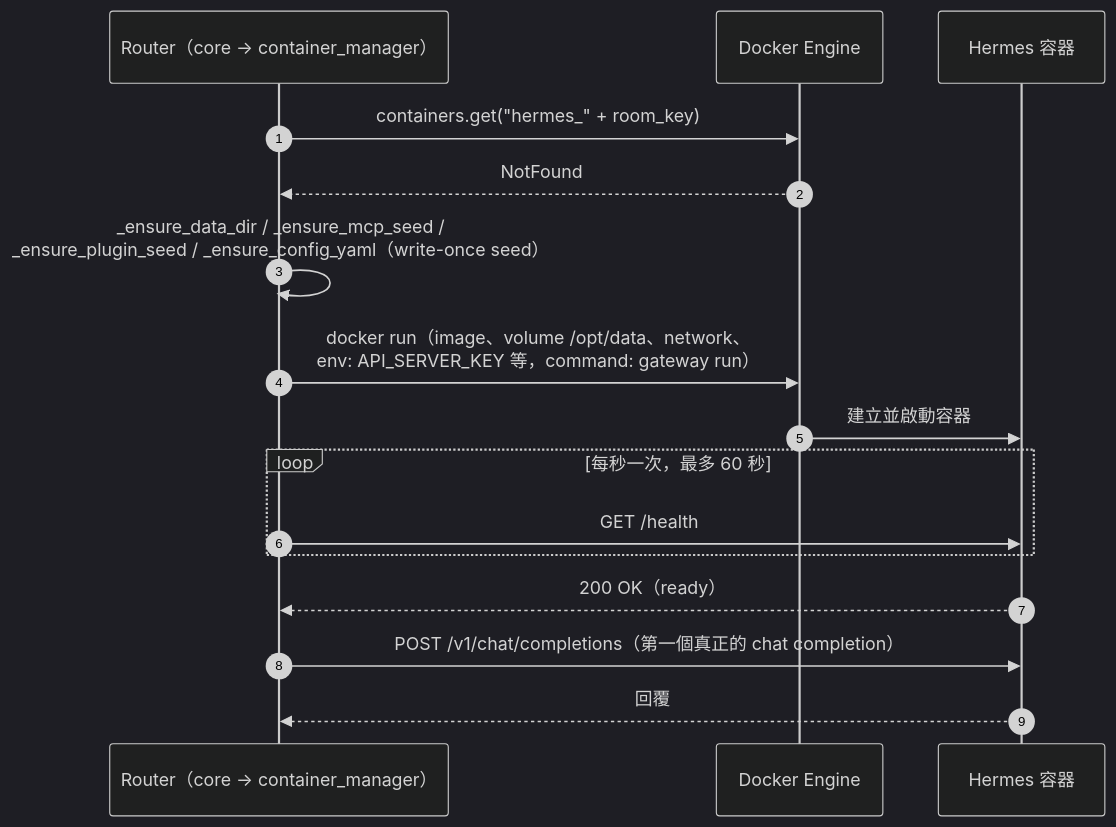
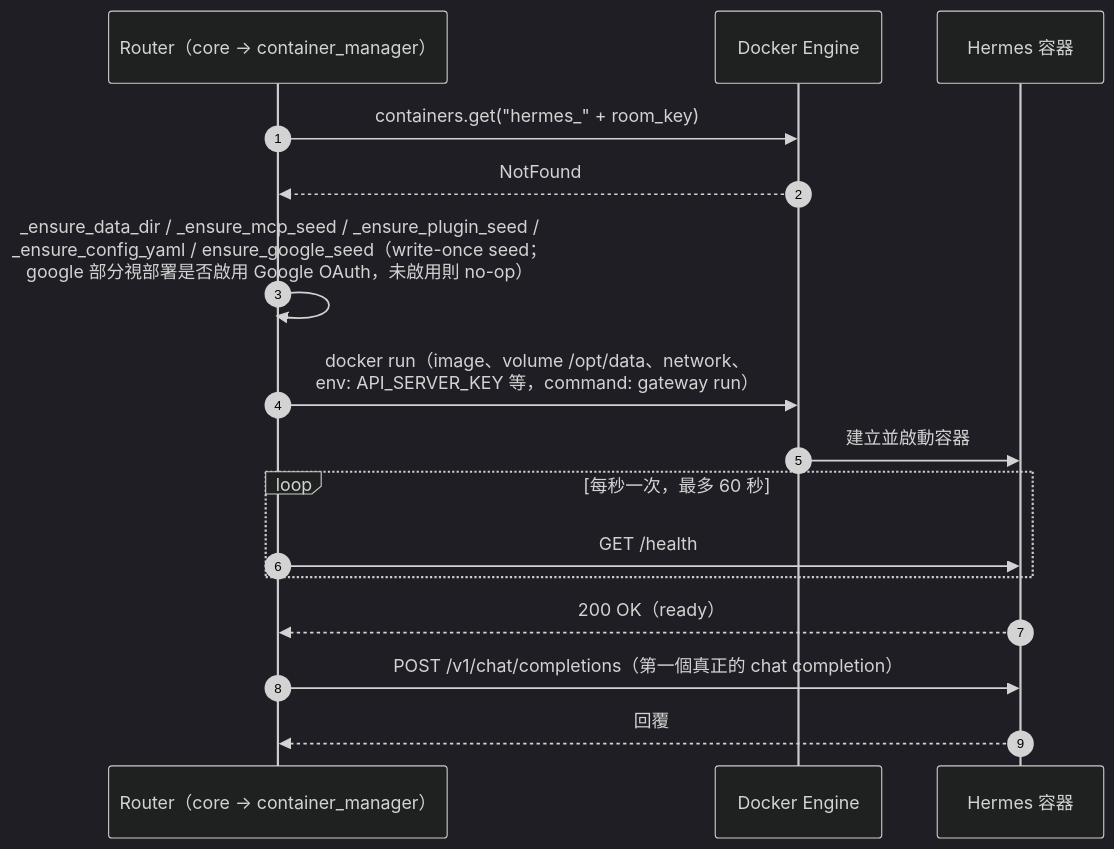
The seventh of 9 diagrams in docs/sequence-diagrams.md (marychouchou/alice-office), drawn with Mermaid (dark theme) before and after one commit. The commit also changed other lines of this file and 4 other files, not shown here.

````diff
--- a/docs/sequence-diagrams.md
+++ b/docs/sequence-diagrams.md
@@ -257,19 +257,19 @@
 ```mermaid
 sequenceDiagram
     autonumber
     participant R as Router（core → container_manager）
     participant D as Docker Engine
     participant H as Hermes 容器
 
     R->>D: containers.get("hermes_" + room_key)
     D-->>R: NotFound
-    R->>R: _ensure_data_dir / _ensure_mcp_seed /<br/>_ensure_plugin_seed / _ensure_config_yaml（write-once seed）
+    R->>R: _ensure_data_dir / _ensure_mcp_seed / _ensure_plugin_seed /<br/>_ensure_config_yaml / ensure_google_seed（write-once seed；<br/>google 部分視部署是否啟用 Google OAuth，未啟用則 no-op）
     R->>D: docker run（image、volume /opt/data、network、<br/>env: API_SERVER_KEY 等，command: gateway run）
     D->>H: 建立並啟動容器
     loop 每秒一次，最多 60 秒
         R->>H: GET /health
     end
     H-->>R: 200 OK（ready）
     R->>H: POST /v1/chat/completions（第一個真正的 chat completion）
     H-->>R: 回覆
 ```
````
